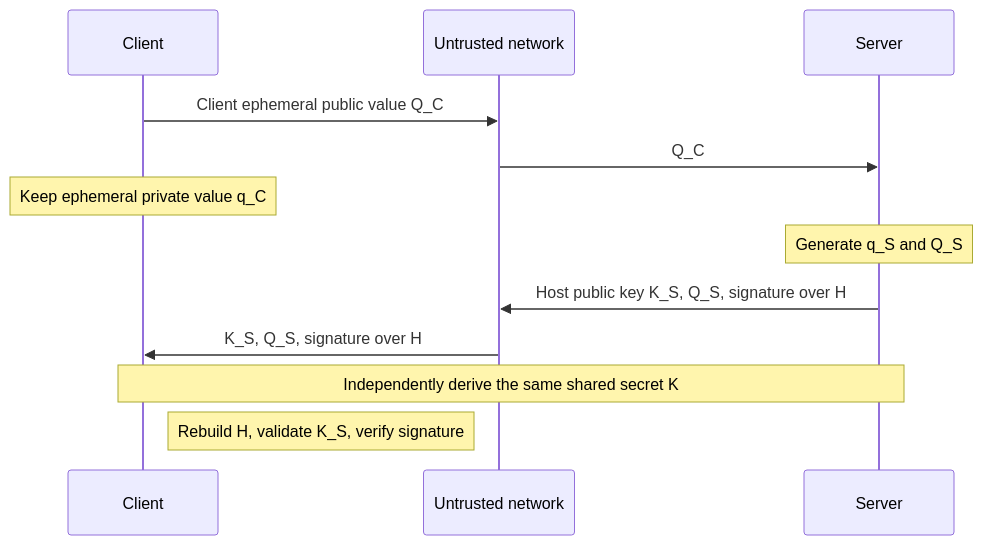
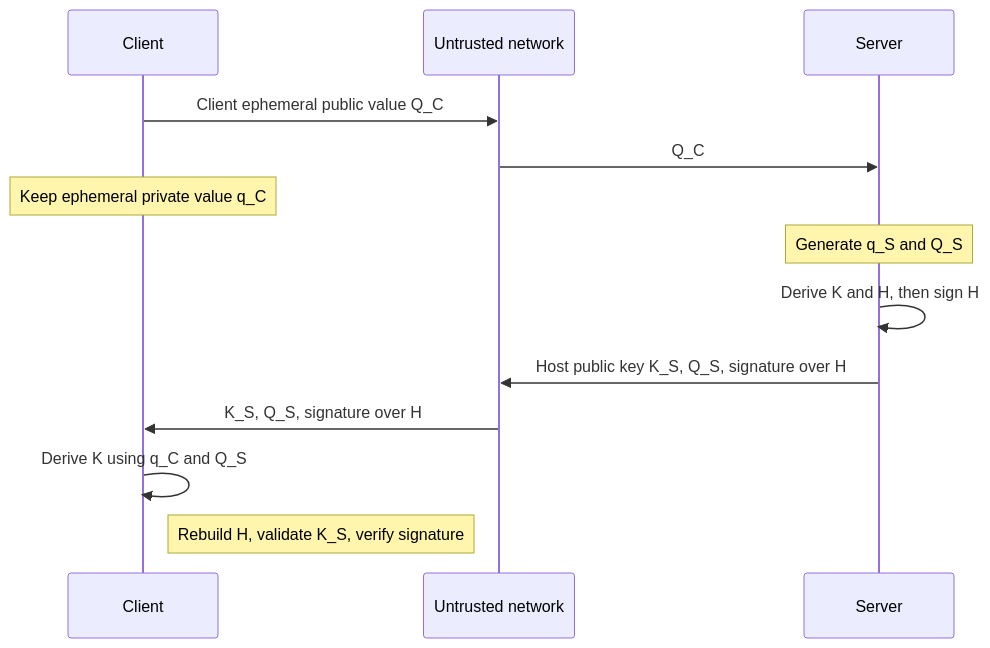
The first of 5 diagrams in src/key-exchange.md (fornwall/ssh-protocol), drawn with Mermaid before and after one commit. The commit also changed other lines of this file and 16 other files, not shown here.

````diff
--- a/src/key-exchange.md
+++ b/src/key-exchange.md
@@ -36,14 +36,15 @@
 ```mermaid
 sequenceDiagram
     participant C as Client
     participant N as Untrusted network
     participant S as Server
     C->>N: Client ephemeral public value Q_C
     N->>S: Q_C
     Note over C: Keep ephemeral private value q_C
     Note over S: Generate q_S and Q_S
+    S->>S: Derive K and H, then sign H
     S->>N: Host public key K_S, Q_S, signature over H
     N->>C: K_S, Q_S, signature over H
-    Note over C,S: Independently derive the same shared secret K
+    C->>C: Derive K using q_C and Q_S
     Note right of C: Rebuild H, validate K_S, verify signature
 ```
````
